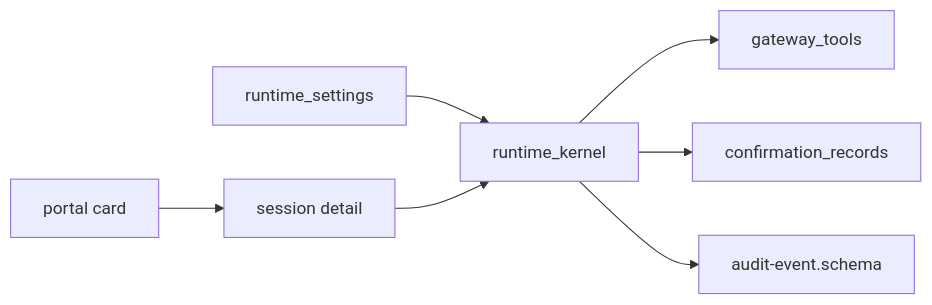
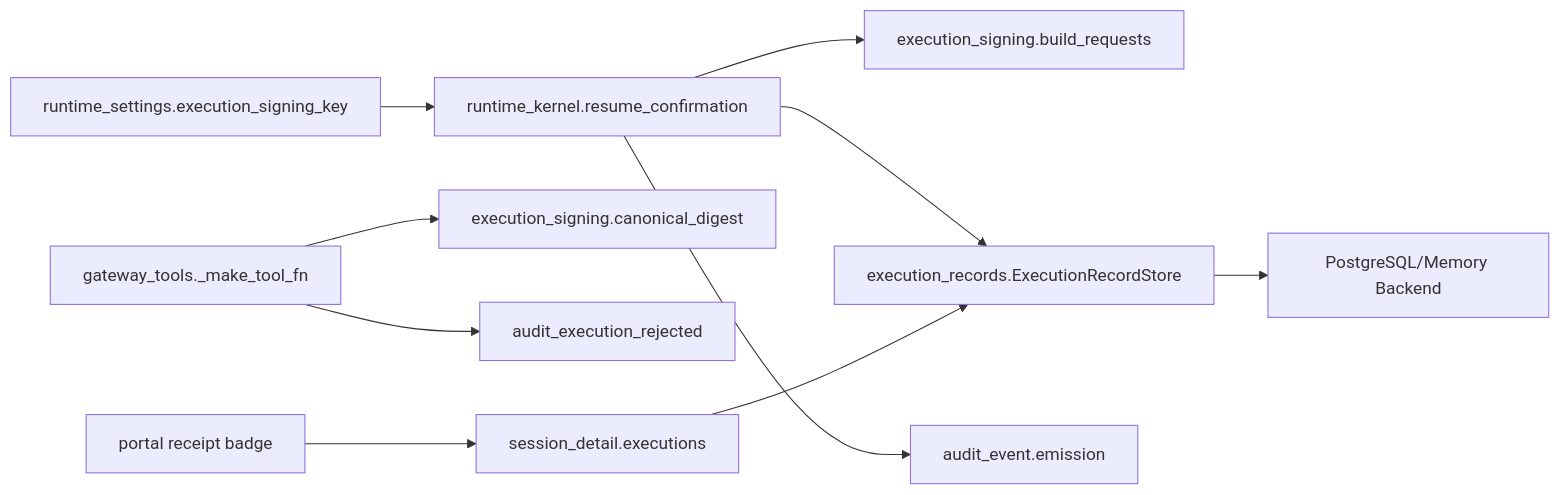
One commit to metasync/luban-aiops changed the eighth of 8 diagrams in .qoder/repowiki/en/content/Architecture Documentation/SPEC-037_ Signed Execution Requests and Receipts.md. Above: the diagram before and after it, drawn with Mermaid. The commit also changed other lines of this file and 27 other files, not shown here.

````diff
--- a/.qoder/repowiki/en/content/Architecture Documentation/SPEC-037_ Signed Execution Requests and Receipts.md
+++ b/.qoder/repowiki/en/content/Architecture Documentation/SPEC-037_ Signed Execution Requests and Receipts.md
@@ -270,9 +312,12 @@
 ```mermaid
 graph LR
-RS["runtime_settings"] --> RK["runtime_kernel"]
-RK --> GT["gateway_tools"]
-RK --> CR["confirmation_records"]
-RK --> AUD["audit-event.schema"]
-UI["portal card"] --> SD["session detail"]
-SD --> RK
+RS["runtime_settings.execution_signing_key"] --> RK["runtime_kernel.resume_confirmation"]
+RK --> ES["execution_signing.build_requests"]
+RK --> ER["execution_records.ExecutionRecordStore"]
+RK --> AE["audit_event.emission"]
+GT["gateway_tools._make_tool_fn"] --> EV["execution_signing.canonical_digest"]
+GT --> AR["audit_execution_rejected"]
+ER --> DB["PostgreSQL/Memory Backend"]
+UI["portal receipt badge"] --> SD["session_detail.executions"]
+SD --> ER
 ```
````
